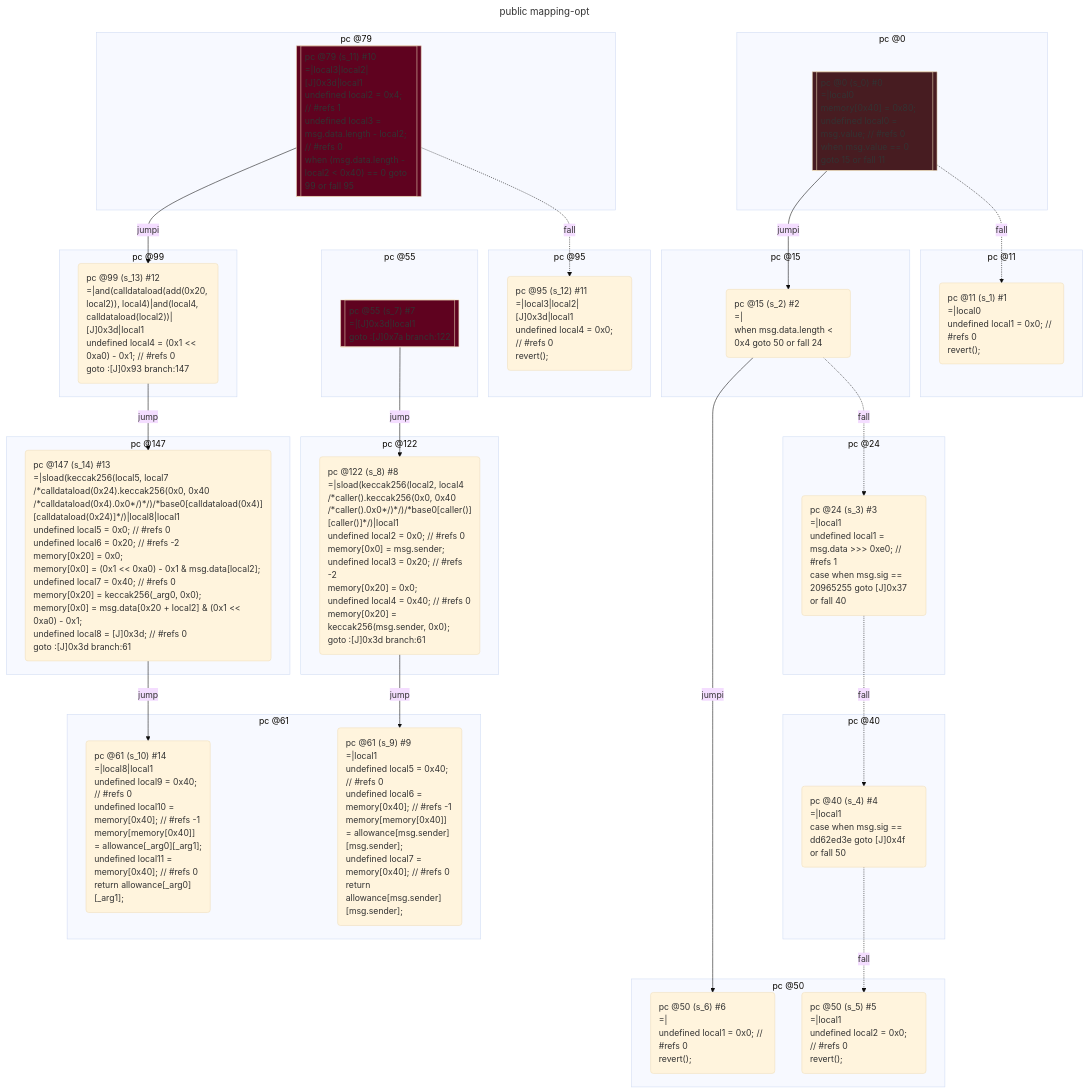
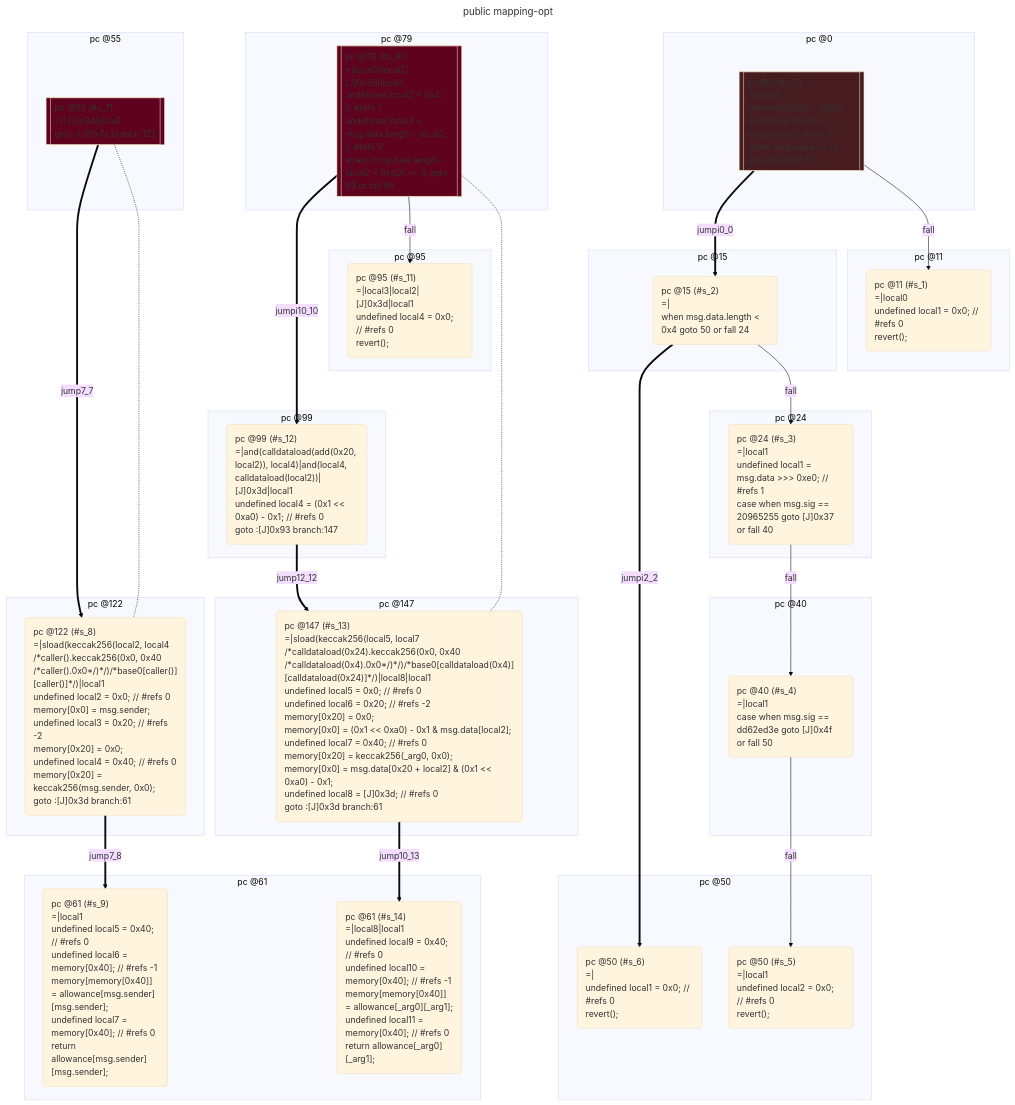
The second of 2 diagrams in test/__snapshots__/contracts/mappings/public-mapping.snap.md (acuarica/evm), drawn with Mermaid (base theme) before and after one commit. The commit also changed other lines of this file and 25 other files, not shown here.

````diff
--- a/test/__snapshots__/contracts/mappings/public-mapping.snap.md
+++ b/test/__snapshots__/contracts/mappings/public-mapping.snap.md
@@ -376,7 +378,7 @@
 flowchart TD
   classDef state text-align:left
   subgraph cluster_0 ["pc @0"]
-    s_0[["pc @0 (s_0) #0
+    s_0[["pc @0 (#s_0)
 =|local0
 memory[0x40] = 0x80;
 undefined local0 = msg.value; // #refs 0
@@ -386,7 +388,7 @@
     style s_0 fill:#471C21
   end
   subgraph cluster_11 ["pc @11"]
-    s_1("pc @11 (s_1) #1
+    s_1("pc @11 (#s_1)
 =|local0
 undefined local1 = 0x0; // #refs 0
 revert();
@@ -394,14 +396,14 @@
     class s_1 state
   end
   subgraph cluster_15 ["pc @15"]
-    s_2("pc @15 (s_2) #2
+    s_2("pc @15 (#s_2)
 =|
 when msg.data.length < 0x4 goto 50 or fall 24
 ")
     class s_2 state
   end
   subgraph cluster_24 ["pc @24"]
-    s_3("pc @24 (s_3) #3
+    s_3("pc @24 (#s_3)
 =|local1
 undefined local1 = msg.data >>> 0xe0; // #refs 1
 case when msg.sig == 20965255 goto [J]0x37 or fall 40
@@ -409,20 +411,20 @@
     class s_3 state
   end
   subgraph cluster_40 ["pc @40"]
-    s_4("pc @40 (s_4) #4
+    s_4("pc @40 (#s_4)
 =|local1
 case when msg.sig == dd62ed3e goto [J]0x4f or fall 50
 ")
     class s_4 state
   end
   subgraph cluster_50 ["pc @50"]
-    s_5("pc @50 (s_5) #5
+    s_5("pc @50 (#s_5)
 =|local1
 undefined local2 = 0x0; // #refs 0
 revert();
 ")
     class s_5 state
-    s_6("pc @50 (s_6) #6
+    s_6("pc @50 (#s_6)
 =|
 undefined local1 = 0x0; // #refs 0
 revert();
@@ -430,7 +432,7 @@
     class s_6 state
   end
   subgraph cluster_55 ["pc @55"]
-    s_7[["pc @55 (s_7) #7
+    s_7[["pc @55 (#s_7)
 =|[J]0x3d|local1
 goto :[J]0x7a branch:122
 "]]
@@ -438,7 +440,7 @@
     style s_7 fill:#5F021F
   end
   subgraph cluster_122 ["pc @122"]
-    s_8("pc @122 (s_8) #8
+    s_8("pc @122 (#s_8)
 =|sload(keccak256(local2, local4 /*caller().keccak256(0x0, 0x40 /*caller().0x0*/)*/)/*base0[caller()][caller()]*/)|local1
 undefined local2 = 0x0; // #refs 0
 memory[0x0] = msg.sender;
@@ -451,7 +453,7 @@
     class s_8 state
   end
   subgraph cluster_61 ["pc @61"]
-    s_9("pc @61 (s_9) #9
+    s_9("pc @61 (#s_9)
 =|local1
 undefined local5 = 0x40; // #refs 0
 undefined local6 = memory[0x40]; // #refs -1
@@ -460,7 +462,7 @@
 return allowance[msg.sender][msg.sender];
 ")
     class s_9 state
-    s_10("pc @61 (s_10) #14
+    s_14("pc @61 (#s_14)
 =|local8|local1
 undefined local9 = 0x40; // #refs 0
 undefined local10 = memory[0x40]; // #refs -1
@@ -468,36 +470,36 @@
 undefined local11 = memory[0x40]; // #refs 0
 return allowance[_arg0][_arg1];
 ")
-    class s_10 state
+    class s_14 state
   end
   subgraph cluster_79 ["pc @79"]
-    s_11[["pc @79 (s_11) #10
+    s_10[["pc @79 (#s_10)
 =|local3|local2|[J]0x3d|local1
 undefined local2 = 0x4; // #refs 1
 undefined local3 = msg.data.length - local2; // #refs 0
 when (msg.data.length - local2 < 0x40) == 0 goto 99 or fall 95
 "]]
-    class s_11 state
-    style s_11 fill:#5F021F
+    class s_10 state
+    style s_10 fill:#5F021F
   end
   subgraph cluster_95 ["pc @95"]
-    s_12("pc @95 (s_12) #11
+    s_11("pc @95 (#s_11)
 =|local3|local2|[J]0x3d|local1
 undefined local4 = 0x0; // #refs 0
 revert();
 ")
-    class s_12 state
+    class s_11 state
   end
   subgraph cluster_99 ["pc @99"]
-    s_13("pc @99 (s_13) #12
+    s_12("pc @99 (#s_12)
 =|and(calldataload(add(0x20, local2)), local4)|and(local4, calldataload(local2))|[J]0x3d|local1
 undefined local4 = (0x1 << 0xa0) - 0x1; // #refs 0
 goto :[J]0x93 branch:147
 ")
-    class s_13 state
+    class s_12 state
   end
   subgraph cluster_147 ["pc @147"]
-    s_14("pc @147 (s_14) #13
+    s_13("pc @147 (#s_13)
 =|sload(keccak256(local5, local7 /*calldataload(0x24).keccak256(0x0, 0x40 /*calldataload(0x4).0x0*/)*/)/*base0[calldataload(0x4)][calldataload(0x24)]*/)|local8|local1
 undefined local5 = 0x0; // #refs 0
 undefined local6 = 0x20; // #refs -2
@@ -509,19 +511,21 @@
 undefined local8 = [J]0x3d; // #refs 0
 goto :[J]0x3d branch:61
 ")
-    class s_14 state
+    class s_13 state
   end
-  s_0 -- jumpi --> s_2;
-  s_0 -. fall .-> s_1;
-  s_2 -- jumpi --> s_6;
-  s_2 -. fall .-> s_3;
-  s_3 -. fall .-> s_4;
-  s_4 -. fall .-> s_5;
-  s_7 -- jump --> s_8;
-  s_8 -- jump --> s_9;
-  s_11 -- jumpi --> s_13;
-  s_11 -. fall .-> s_12;
-  s_13 -- jump --> s_14;
-  s_14 -- jump --> s_10;
+  s_0 == jumpi0_0 ==> s_2;
+  s_0 -- fall --> s_1;
+  s_2 == jumpi2_2 ==> s_6;
+  s_2 -- fall --> s_3;
+  s_3 -- fall --> s_4;
+  s_4 -- fall --> s_5;
+  s_7 == jump7_7 ==> s_8;
+  s_8 == jump7_8 ==> s_9;
+  s_7 -...- s_8;
+  s_10 == jumpi10_10 ==> s_12;
+  s_10 -- fall --> s_11;
+  s_12 == jump12_12 ==> s_13;
+  s_13 == jump10_13 ==> s_14;
+  s_10 -...- s_13;
 
 ```
````
